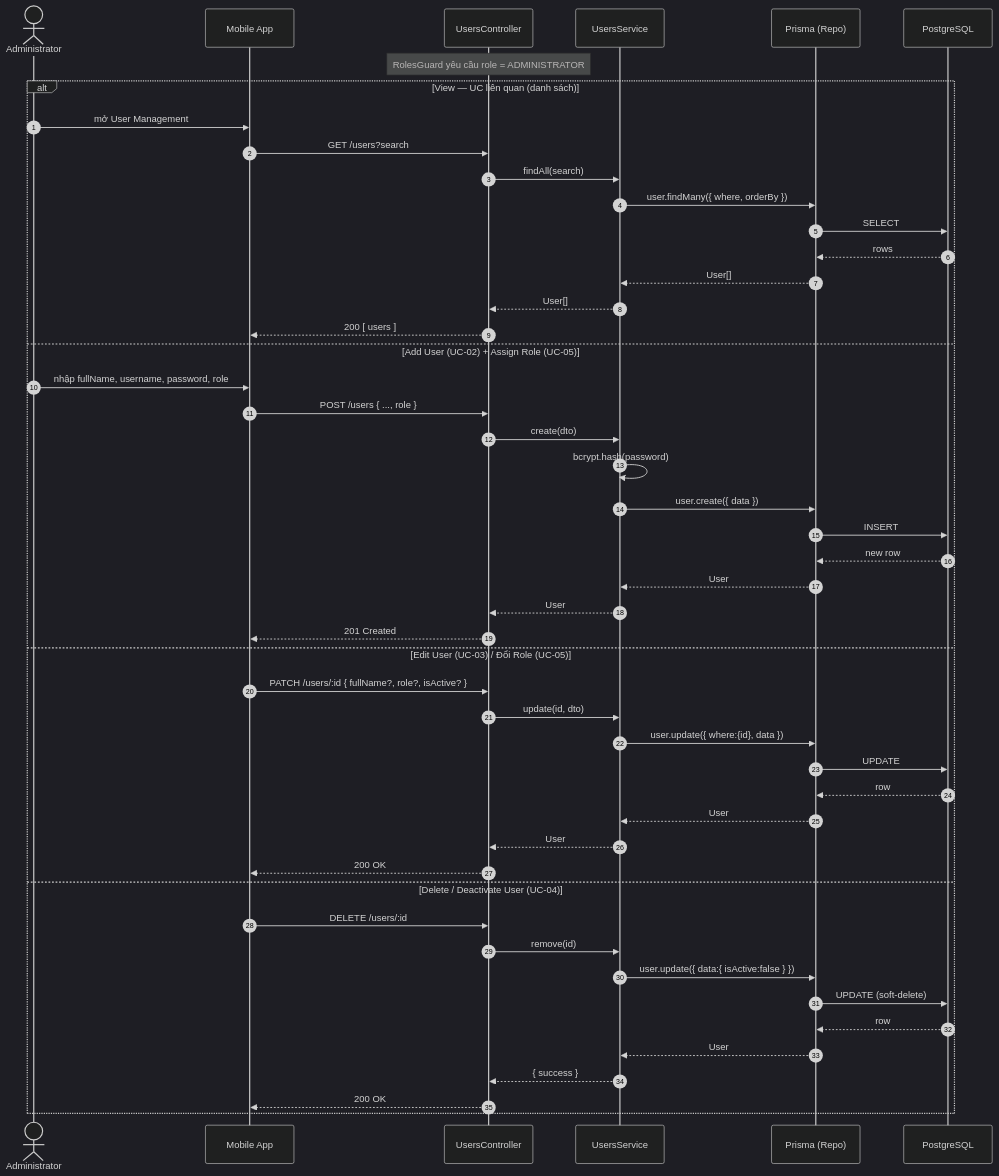
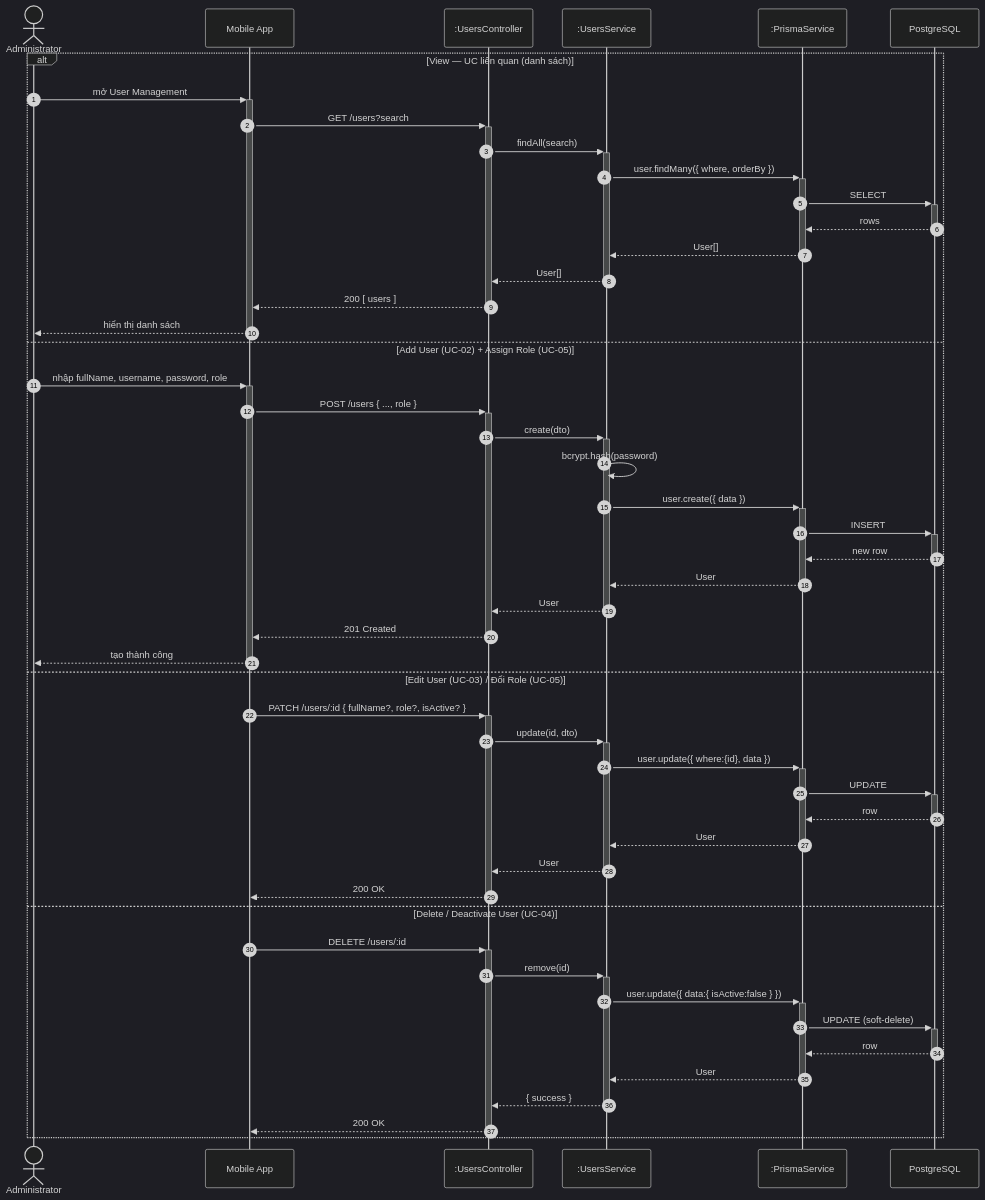
One commit to callmehai/Cafe-Shop-Management-System changed the second of 16 diagrams in docs/sequence-diagrams.md. Above: the diagram before and after it, drawn with Mermaid (dark theme). The commit also changed other lines of this file and 1 other file, not shown here.

Commit message:
docs: add sequence and class diagrams for system architecture and use case implementation

````diff
--- a/docs/sequence-diagrams.md
+++ b/docs/sequence-diagrams.md
@@ -94,53 +98,53 @@
 ```mermaid
 sequenceDiagram
     autonumber
     actor A as Administrator
     participant App as Mobile App
-    participant API as UsersController
-    participant SVC as UsersService
-    participant ORM as Prisma (Repo)
+    participant API as :UsersController
+    participant SVC as :UsersService
+    participant ORM as :PrismaService
     participant DB as PostgreSQL
 
-    Note over API: RolesGuard yêu cầu role = ADMINISTRATOR
-
     alt View — UC liên quan (danh sách)
-        A->>App: mở User Management
-        App->>API: GET /users?search
-        API->>SVC: findAll(search)
-        SVC->>ORM: user.findMany({ where, orderBy })
-        ORM->>DB: SELECT
-        DB-->>ORM: rows
-        ORM-->>SVC: User[]
-        SVC-->>API: User[]
-        API-->>App: 200 [ users ]
+        A->>+App: mở User Management
+        App->>+API: GET /users?search
+        API->>+SVC: findAll(search)
+        SVC->>+ORM: user.findMany({ where, orderBy })
+        ORM->>+DB: SELECT
+        DB-->>-ORM: rows
+        ORM-->>-SVC: User[]
+        SVC-->>-API: User[]
+        API-->>-App: 200 [ users ]
+        App-->>-A: hiển thị danh sách
     else Add User (UC-02) + Assign Role (UC-05)
-        A->>App: nhập fullName, username, password, role
-        App->>API: POST /users { ..., role }
-        API->>SVC: create(dto)
+        A->>+App: nhập fullName, username, password, role
+        App->>+API: POST /users { ..., role }
+        API->>+SVC: create(dto)
         SVC->>SVC: bcrypt.hash(password)
-        SVC->>ORM: user.create({ data })
-        ORM->>DB: INSERT
-        DB-->>ORM: new row
-        ORM-->>SVC: User
-        SVC-->>API: User
-        API-->>App: 201 Created
+        SVC->>+ORM: user.create({ data })
+        ORM->>+DB: INSERT
+        DB-->>-ORM: new row
+        ORM-->>-SVC: User
+        SVC-->>-API: User
+        API-->>-App: 201 Created
+        App-->>-A: tạo thành công
     else Edit User (UC-03) / Đổi Role (UC-05)
-        App->>API: PATCH /users/:id { fullName?, role?, isActive? }
-        API->>SVC: update(id, dto)
-        SVC->>ORM: user.update({ where:{id}, data })
-        ORM->>DB: UPDATE
-        DB-->>ORM: row
-        ORM-->>SVC: User
-        SVC-->>API: User
-        API-->>App: 200 OK
+        App->>+API: PATCH /users/:id { fullName?, role?, isActive? }
+        API->>+SVC: update(id, dto)
+        SVC->>+ORM: user.update({ where:{id}, data })
+        ORM->>+DB: UPDATE
+        DB-->>-ORM: row
+        ORM-->>-SVC: User
+        SVC-->>-API: User
+        API-->>-App: 200 OK
     else Delete / Deactivate User (UC-04)
-        App->>API: DELETE /users/:id
-        API->>SVC: remove(id)
-        SVC->>ORM: user.update({ data:{ isActive:false } })
-        ORM->>DB: UPDATE (soft-delete)
-        DB-->>ORM: row
-        ORM-->>SVC: User
-        SVC-->>API: { success }
-        API-->>App: 200 OK
+        App->>+API: DELETE /users/:id
+        API->>+SVC: remove(id)
+        SVC->>+ORM: user.update({ data:{ isActive:false } })
+        ORM->>+DB: UPDATE (soft-delete)
+        DB-->>-ORM: row
+        ORM-->>-SVC: User
+        SVC-->>-API: { success }
+        API-->>-App: 200 OK
     end
 ```
````
